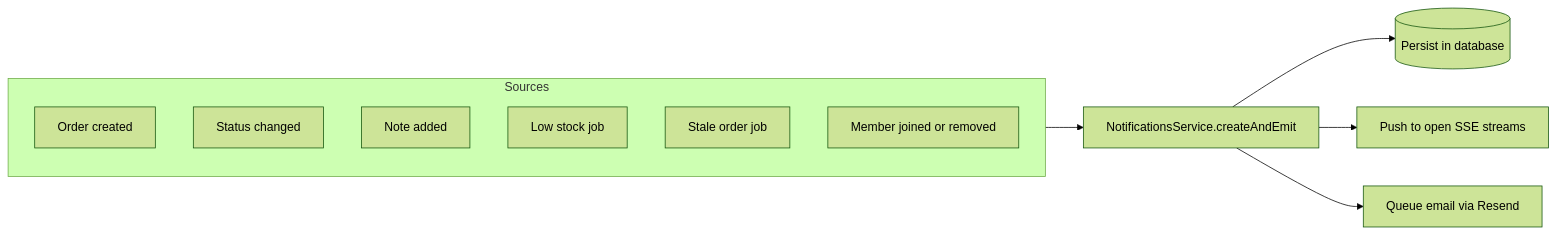
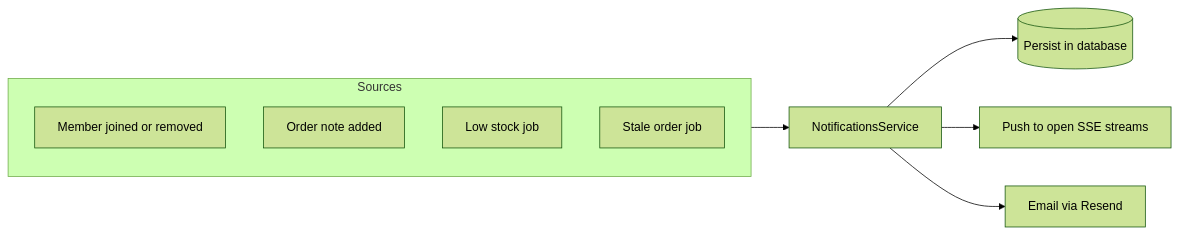
Before and after one commit to josephstephen-dev/orderspace: the fifth of 7 diagrams in README.md, drawn with Mermaid (forest theme). The commit also changed other lines of this file, not shown here.

````diff
--- a/README.md
+++ b/README.md
@@ -396,17 +360,25 @@
 ```mermaid
+
 flowchart LR
-    subgraph Sources
-        S1["Order created"]
-        S2["Status changed"]
-        S3["Note added"]
-        S4["Low stock job"]
-        S5["Stale order job"]
-        S6["Member joined or removed"]
-    end
 
-    Sources --> SVC["NotificationsService.createAndEmit"]
+    subgraph Sources
 
-    SVC --> D1[("Persist in database")]
-    SVC --> D2["Push to open SSE streams"]
-    SVC --> D3["Queue email via Resend"]
+        S1["Member joined or removed"]
+
+        S2["Order note added"]
+
+        S3["Low stock job"]
+
+        S4["Stale order job"]
+
+    end
+
+    Sources --> SVC["NotificationsService"]
+
+    SVC --> D1[("Persist in database")]
+
+    SVC --> D2["Push to open SSE streams"]
+
+    SVC --> D3["Email via Resend"]
+
 ```
````
